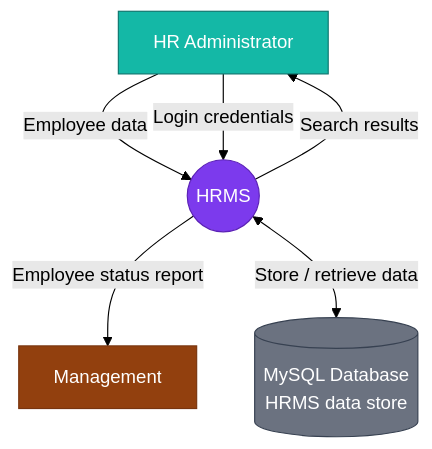
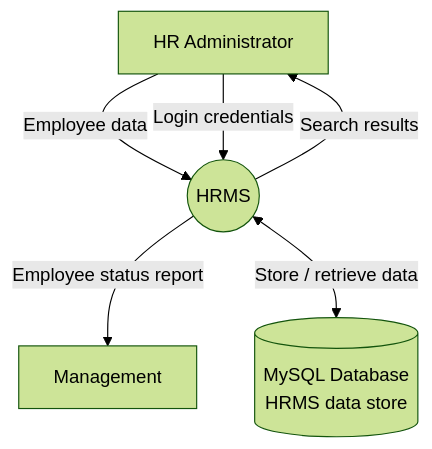
Before and after one commit to Felicien407/school-fees-management-system: the second of 2 diagrams in hrms/README.md, drawn with Mermaid (forest theme). The commit also changed other lines of this file and 94 other files, not shown here.

````diff
--- a/hrms/README.md
+++ b/hrms/README.md
@@ -114,23 +122,13 @@
 ```mermaid
 flowchart TB
   HRAdmin["HR Administrator"]
   Mgmt["Management"]
   HRMS(("HRMS"))
   DB[("MySQL Database<br/>HRMS data store")]
 
   HRAdmin -->|Employee data| HRMS
   HRAdmin -->|Login credentials| HRMS
   HRMS -->|Search results| HRAdmin
   HRMS -->|Employee status report| Mgmt
   HRMS <-->|Store / retrieve data| DB
-
-  classDef external fill:#14b8a6,color:#ffffff,stroke:#0f766e
-  classDef management fill:#92400e,color:#ffffff,stroke:#78350f
-  classDef process fill:#7c3aed,color:#ffffff,stroke:#5b21b6
-  classDef datastore fill:#6b7280,color:#ffffff,stroke:#374151
-
-  class HRAdmin external
-  class Mgmt management
-  class HRMS process
-  class DB datastore
 ```
````
